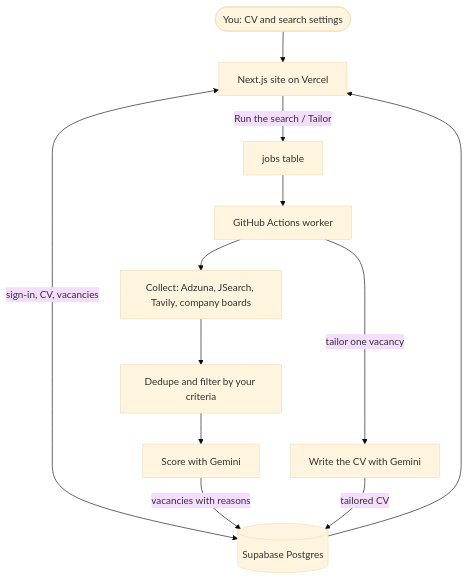
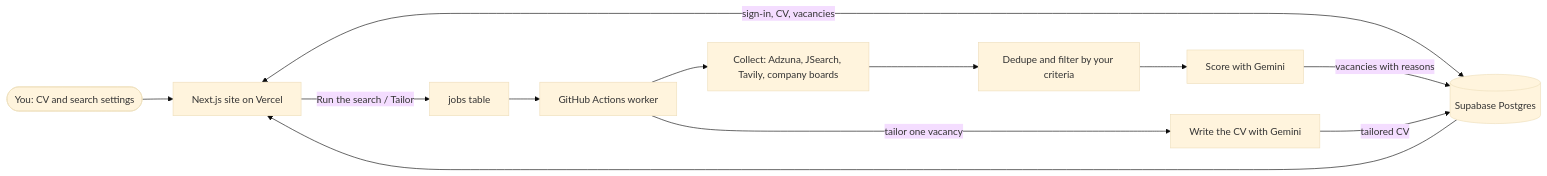
Before and after one commit to ol1ak5/job-seeker: the diagram in README.md, drawn with Mermaid (base theme). The commit also changed other lines of this file, not shown here.

Commit message:
Lay out the README diagram left to right and drop the free tier column

````diff
--- a/README.md
+++ b/README.md
@@ -11,14 +11,14 @@
 ```mermaid
-flowchart TD
+flowchart LR
     You(["You: CV and search settings"]) --> Site["Next.js site on Vercel"]
     Site <-->|"sign-in, CV, vacancies"| DB[("Supabase Postgres")]
     Site -->|"Run the search / Tailor"| Jobs["jobs table"]
     Jobs --> GH["GitHub Actions worker"]
     GH --> Collect["Collect: Adzuna, JSearch, Tavily, company boards"]
     Collect --> Filter["Dedupe and filter by your criteria"]
     Filter --> Score["Score with Gemini"]
     Score -->|"vacancies with reasons"| DB
     GH -->|"tailor one vacancy"| Write["Write the CV with Gemini"]
     Write -->|"tailored CV"| DB
     DB --> Site
 ```
````
